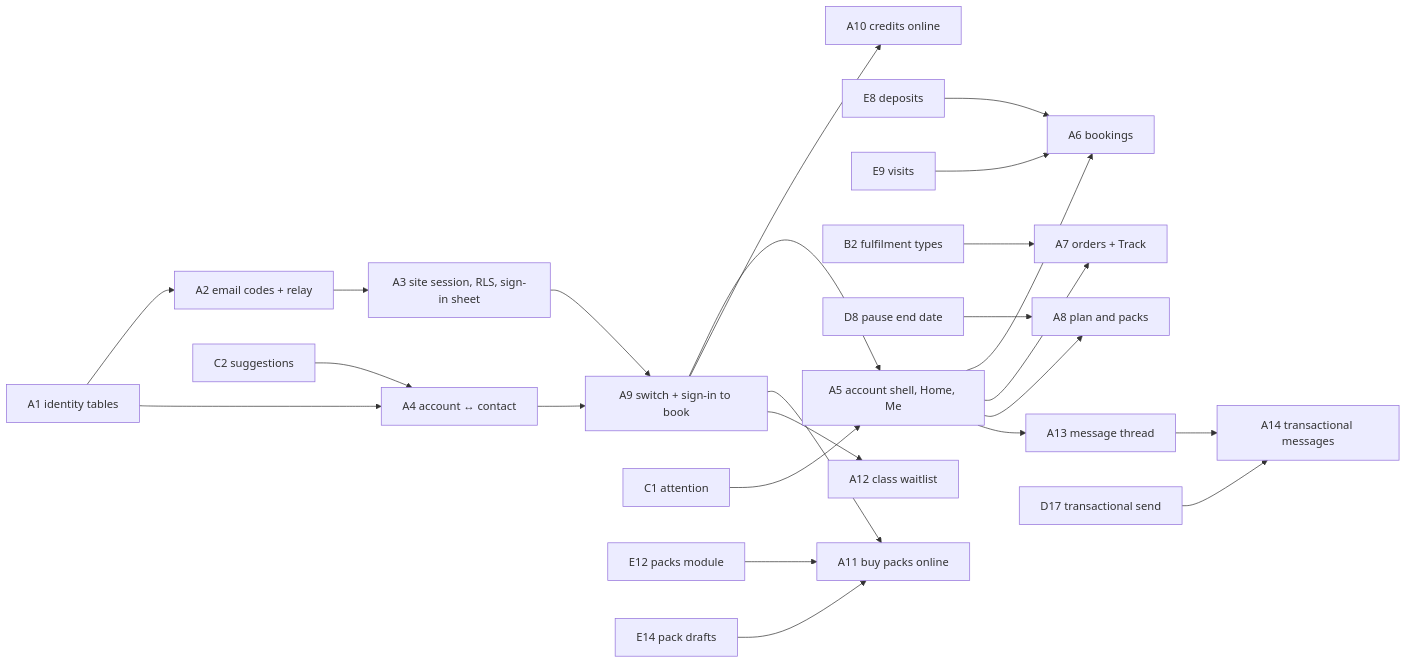
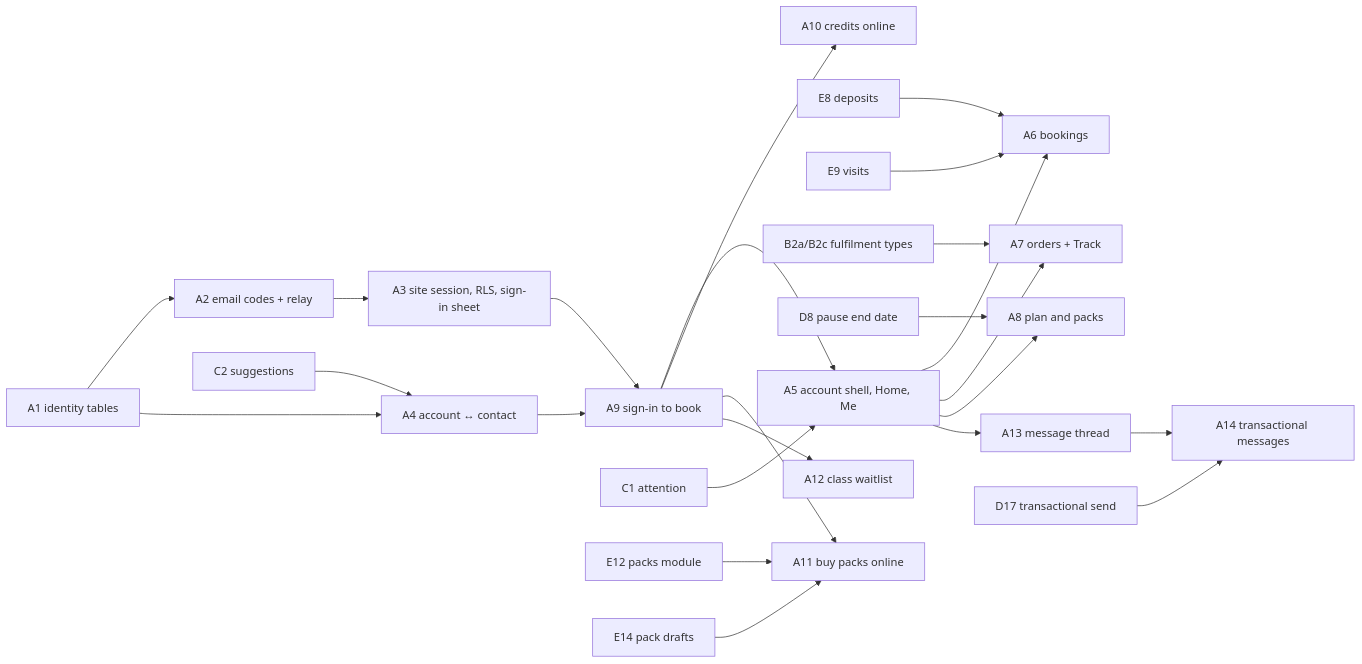
One commit to saroh-labs/saroh.in changed the fourth of 4 diagrams in docs/plans/2026-09-26-001-feat-customer-accounts-plan.md. Above: the diagram before and after it, drawn with Mermaid. The commit also changed other lines of this file and 2 other files, not shown here.

First line of the commit message:
docs(plans): sign-in is always on for every merchant site

````diff
--- a/docs/plans/2026-09-26-001-feat-customer-accounts-plan.md
+++ b/docs/plans/2026-09-26-001-feat-customer-accounts-plan.md
@@ -394,26 +407,26 @@
 ```mermaid
 flowchart LR
   A1[A1 identity tables] --> A2[A2 email codes + relay]
   A2 --> A3[A3 site session, RLS, sign-in sheet]
   A1 --> A4[A4 account ↔ contact]
   C2[C2 suggestions] --> A4
-  A3 --> A9[A9 switch + sign-in to book]
+  A3 --> A9[A9 sign-in to book]
   A4 --> A9
   A9 --> A5[A5 account shell, Home, Me]
   C1[C1 attention] --> A5
   A5 --> A6[A6 bookings]
   E8[E8 deposits] --> A6
   E9[E9 visits] --> A6
   A5 --> A7[A7 orders + Track]
-  B2[B2 fulfilment types] --> A7
+  B2[B2a/B2c fulfilment types] --> A7
   A5 --> A8[A8 plan and packs]
   D8[D8 pause end date] --> A8
   A9 --> A10[A10 credits online]
   A9 --> A11[A11 buy packs online]
   E12[E12 packs module] --> A11
   E14[E14 pack drafts] --> A11
   A9 --> A12[A12 class waitlist]
   A5 --> A13[A13 message thread]
   A13 --> A14[A14 transactional messages]
   D17[D17 transactional send] --> A14
 ```
````
